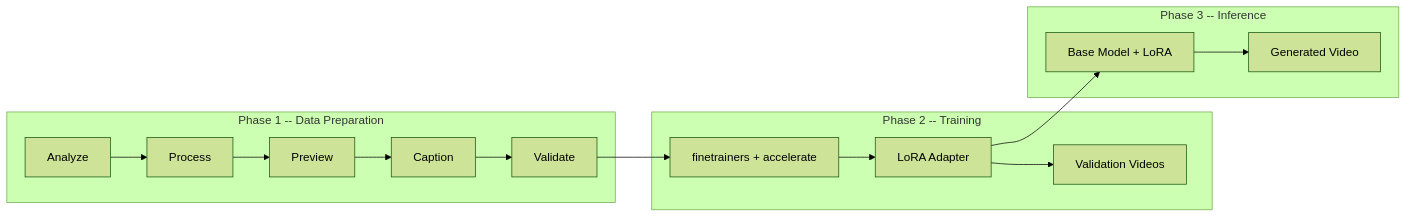
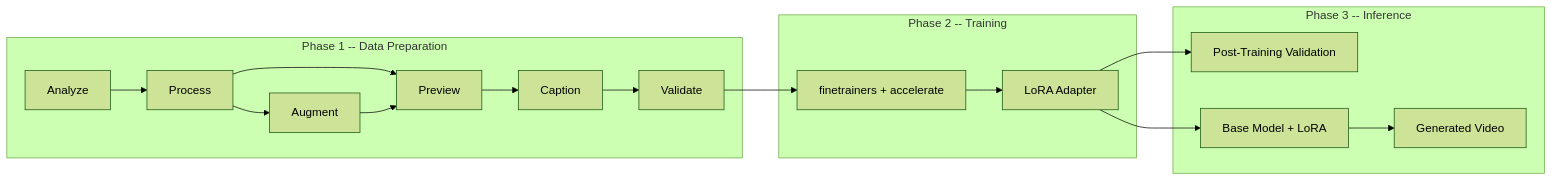
Before and after one commit to Francisco-Reveriano/MultiModal_Video_Model: the first of 2 diagrams in README.md, drawn with Mermaid (forest theme). The commit also changed other lines of this file, not shown here.

Commit message:
Update README with augmentation pipeline, revised training config, and new notebooks

````diff
--- a/README.md
+++ b/README.md
@@ -9,22 +9,24 @@
 ```mermaid
 flowchart LR
     subgraph phase1 [Phase 1 -- Data Preparation]
         A[Analyze] --> B[Process]
         B --> D[Preview]
+        B --> BA[Augment]
+        BA --> D
         D --> E[Caption]
         E --> F[Validate]
     end
 
     subgraph phase2 [Phase 2 -- Training]
         G[finetrainers + accelerate]
         G --> H[LoRA Adapter]
-        H --> V[Validation Videos]
     end
 
     subgraph phase3 [Phase 3 -- Inference]
+        H --> PTV[Post-Training Validation]
         I[Base Model + LoRA] --> J[Generated Video]
     end
 
     F --> G
     H --> I
 ```
````
